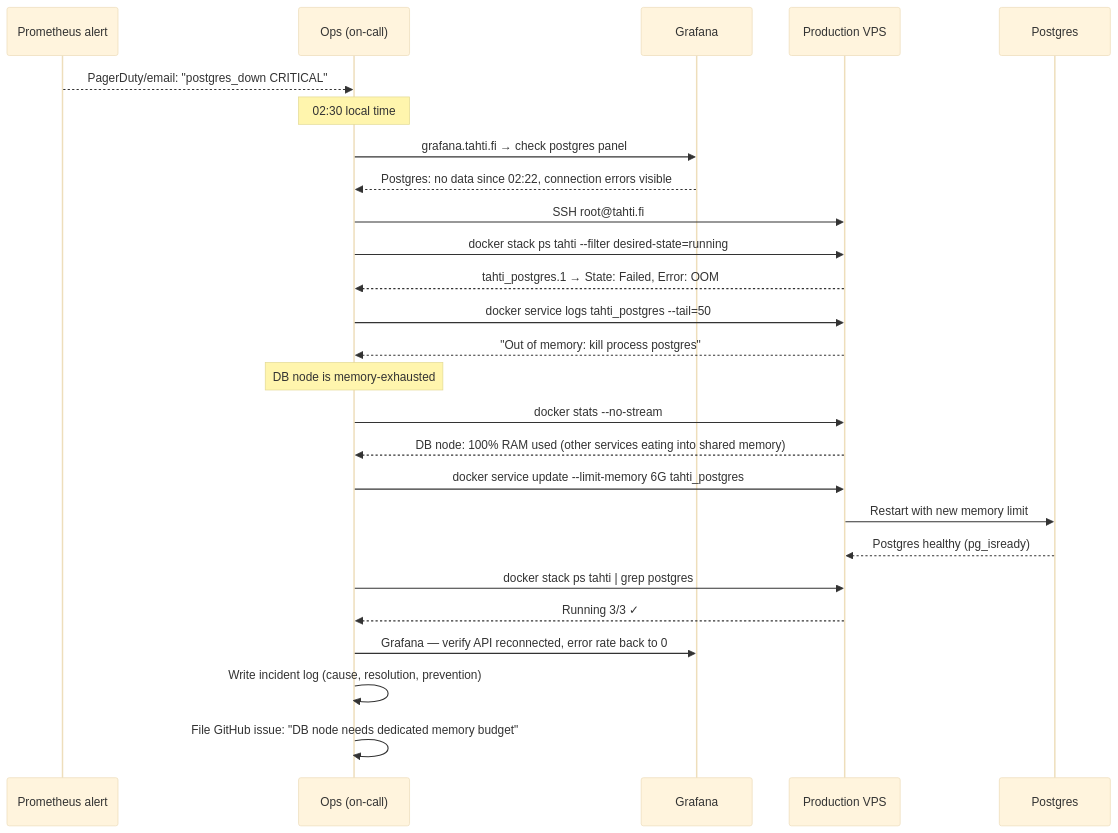
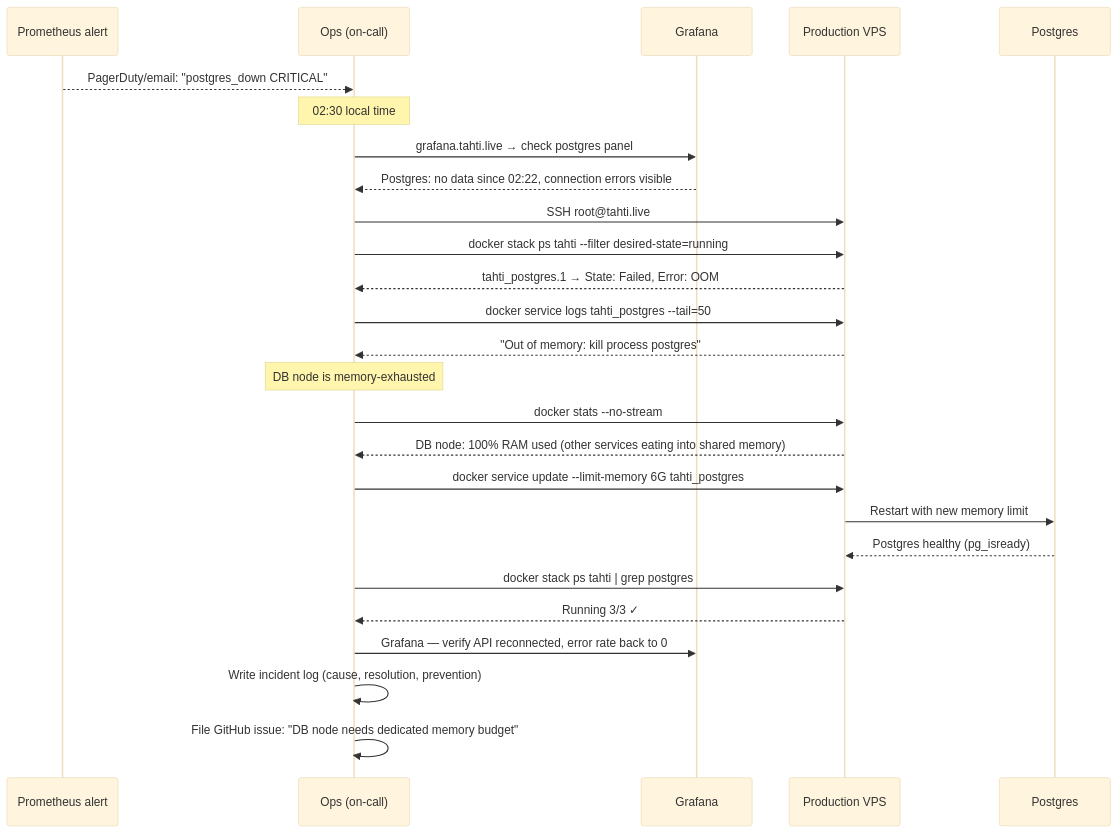
The fourth of 8 diagrams in docs/technical/journey-ops.md (janiluuk/tahti-org), drawn with Mermaid (base theme) before and after one commit. The commit also changed other lines of this file and 148 other files, not shown here.

First line of the commit message:
feat(m10): member governance, chat polish, domain rename to tahti.live

````diff
--- a/docs/technical/journey-ops.md
+++ b/docs/technical/journey-ops.md
@@ -110,36 +110,36 @@
 ```mermaid
 sequenceDiagram
     participant Alert as Prometheus alert
     participant Ops as Ops (on-call)
     participant Graf as Grafana
     participant VPS as Production VPS
     participant PG as Postgres
 
     Alert-->>Ops: PagerDuty/email: "postgres_down CRITICAL"
     Note over Ops: 02:30 local time
 
-    Ops->>Graf: grafana.tahti.fi → check postgres panel
+    Ops->>Graf: grafana.tahti.live → check postgres panel
     Graf-->>Ops: Postgres: no data since 02:22, connection errors visible
 
-    Ops->>VPS: SSH root@tahti.fi
+    Ops->>VPS: SSH root@tahti.live
     Ops->>VPS: docker stack ps tahti --filter desired-state=running
     VPS-->>Ops: tahti_postgres.1 → State: Failed, Error: OOM
 
     Ops->>VPS: docker service logs tahti_postgres --tail=50
     VPS-->>Ops: "Out of memory: kill process postgres"
 
     Note over Ops: DB node is memory-exhausted
     Ops->>VPS: docker stats --no-stream
     VPS-->>Ops: DB node: 100% RAM used (other services eating into shared memory)
 
     Ops->>VPS: docker service update --limit-memory 6G tahti_postgres
     VPS->>PG: Restart with new memory limit
     PG-->>VPS: Postgres healthy (pg_isready)
 
     Ops->>VPS: docker stack ps tahti | grep postgres
     VPS-->>Ops: Running 3/3 ✓
 
     Ops->>Graf: Grafana — verify API reconnected, error rate back to 0
     Ops->>Ops: Write incident log (cause, resolution, prevention)
     Ops->>Ops: File GitHub issue: "DB node needs dedicated memory budget"
 ```
````
